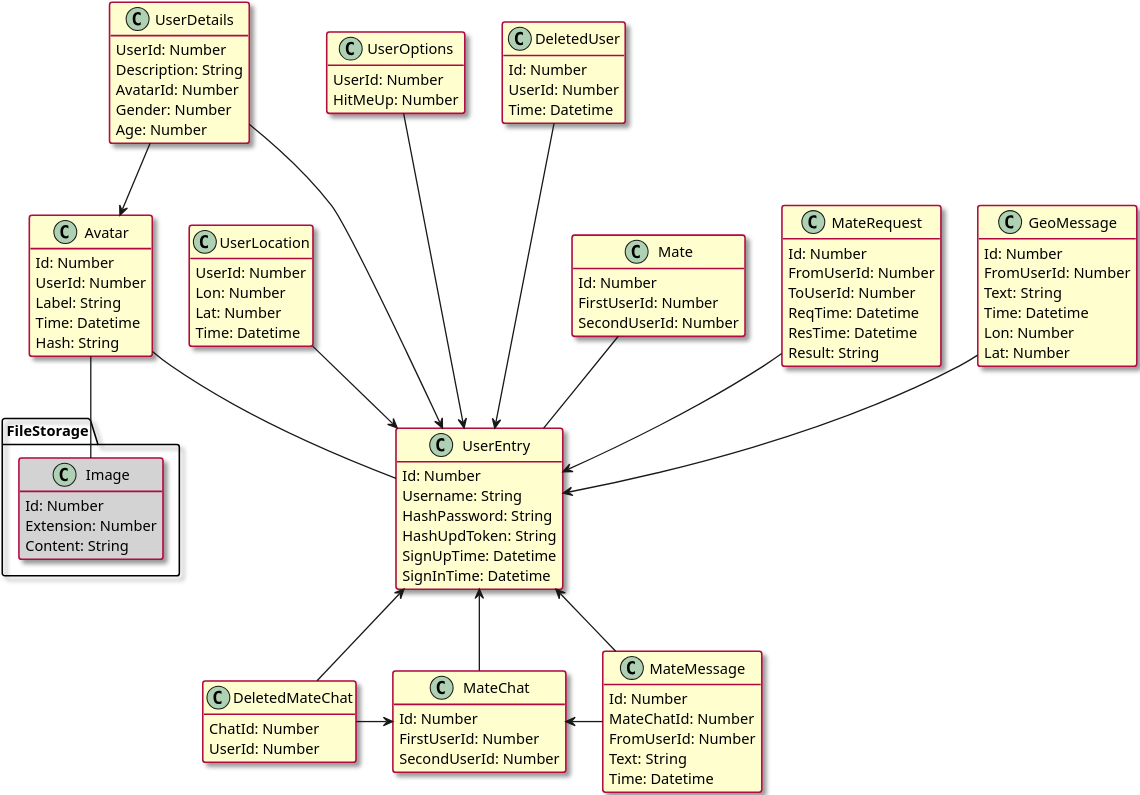
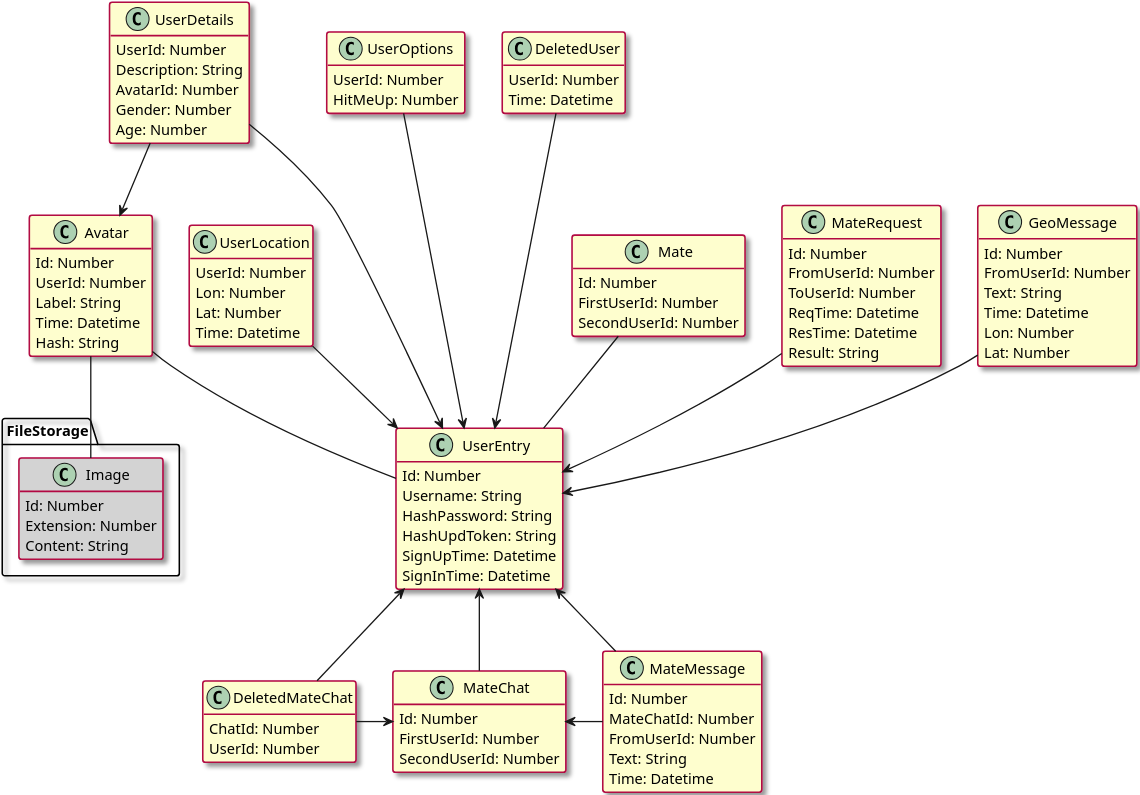
The diagram in general/puml_diagrams/subject_area/models_p2.wsd (qubacy/geoqq), drawn with PlantUML before and after one commit. The commit also changed 5 other files, not shown here.

```diff
--- a/general/puml_diagrams/subject_area/models_p2.wsd
+++ b/general/puml_diagrams/subject_area/models_p2.wsd
@@ -1,163 +1,162 @@
 @startuml models_p2
 
 skinparam ArrowThickness 1.25
 skinparam ClassBorderThickness 1.5
 skinparam ClassBackgroundColor #FEFECE
 skinparam ClassBorderColor #B20842
 
 skinparam dpi 400
 skinparam Shadowing true
 
 ' -----------------------------------------------
 
 hide empty methods
 hide empty members
 
 ' models
 ' -----------------------------------------------
 '                      | | |
 '                      V V V
 
 ' File
 ' -----------------------------------------------
 
 package FileStorage {
 
     class Image #LightGray {
         Id: Number
         Extension: Number
         Content: String
     }
 }
 
 
 ' User
 ' -----------------------------------------------
 
 class UserEntry {
     Id: Number
     Username: String
     HashPassword: String
     HashUpdToken: String
     SignUpTime: Datetime
     SignInTime: Datetime
 }
 
 class UserLocation {
     UserId: Number
     Lon: Number
     Lat: Number
     Time: Datetime
 }
 
 class UserDetails {
     UserId: Number
     Description: String
     AvatarId: Number
     Gender: Number
     Age: Number
 }
 
 class UserOptions {
     UserId: Number
     HitMeUp: Number
 }
 
 class Avatar {
     Id: Number
     UserId: Number
     Label: String
     Time: Datetime
     Hash: String
 }
 
 class DeletedUser {
-    Id: Number
     UserId: Number
     Time: Datetime
 }
 
 ' Mate
 ' -----------------------------------------------
 
 class Mate {
     Id: Number
     FirstUserId: Number
     SecondUserId: Number
 }
 
 class MateRequest {
     Id: Number
     FromUserId: Number
     ToUserId: Number
     ReqTime: Datetime
     ResTime: Datetime
     Result: String
 }
 
 ' Mate-chat
 ' -----------------------------------------------
 
 class MateChat {
     Id: Number
     FirstUserId: Number
     SecondUserId: Number
 }
 
 class MateMessage {
     Id: Number
     MateChatId: Number
     FromUserId: Number
     Text: String
     Time: Datetime
 }
 
 class DeletedMateChat {
     ChatId: Number
     UserId: Number
 }
 
 ' Geo-chat
 ' -----------------------------------------------
 
 class GeoMessage {
     Id: Number
     FromUserId: Number
     Text: String
     Time: Datetime
     Lon: Number
     Lat: Number
 }
 
 ' edges
 ' -----------------------------------------------
 
 UserLocation --> UserEntry
 UserOptions ---> UserEntry
 UserDetails --> UserEntry
 DeletedUser ---> UserEntry
 UserDetails --> Avatar
 Avatar -d- Image
 Avatar -- UserEntry
 
 ' ***
 
 GeoMessage --> UserEntry
 
 ' ***
 
 MateRequest -d-> UserEntry
 Mate -d- UserEntry
 
 ' ***
  
 MateChat -u-> UserEntry
 MateMessage -l-> UserEntry
 MateMessage -l-> MateChat
 
 ' ***
 
 DeletedMateChat -r-> MateChat
 DeletedMateChat -u-> UserEntry
 
 @enduml
```
